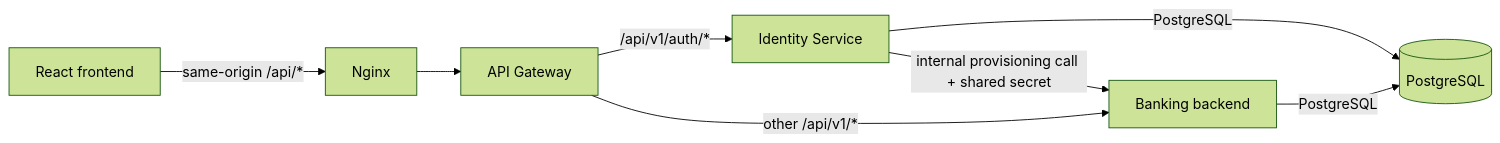
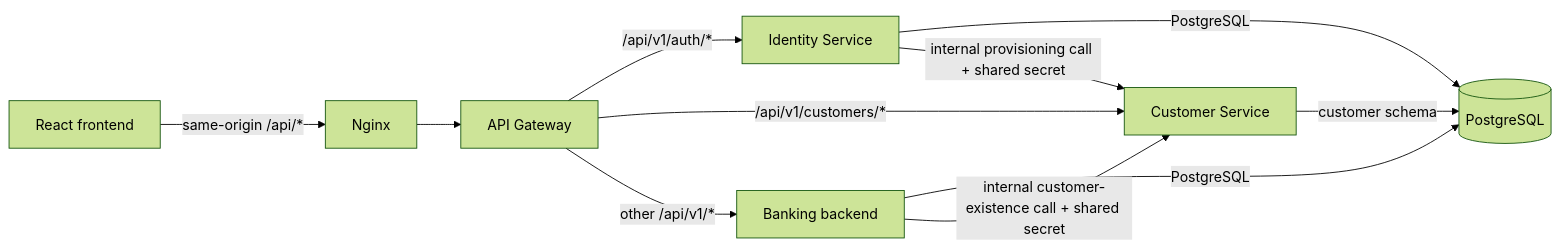
One commit to santhosh-1974/event-source-ledger changed the first of 2 diagrams in docs/architecture.md. Above: the diagram before and after it, drawn with Mermaid (forest theme). The commit also changed other lines of this file and 82 other files, not shown here.

Commit message:
feat: extract customer and identity services

````diff
--- a/docs/architecture.md
+++ b/docs/architecture.md
@@ -23,10 +23,13 @@
 ```mermaid
 flowchart LR
     Browser[React frontend] -->|same-origin /api/*| Nginx
     Nginx --> Gateway[API Gateway]
     Gateway -->|/api/v1/auth/*| Identity[Identity Service]
+    Gateway -->|/api/v1/customers/*| Customer[Customer Service]
     Gateway -->|other /api/v1/*| Banking[Banking backend]
     Identity -->|PostgreSQL| DB[(PostgreSQL)]
     Banking -->|PostgreSQL| DB
-    Identity -->|internal provisioning call + shared secret| Banking
+    Customer -->|customer schema| DB
+    Identity -->|internal provisioning call + shared secret| Customer
+    Banking -->|internal customer-existence call + shared secret| Customer
 ```
````
